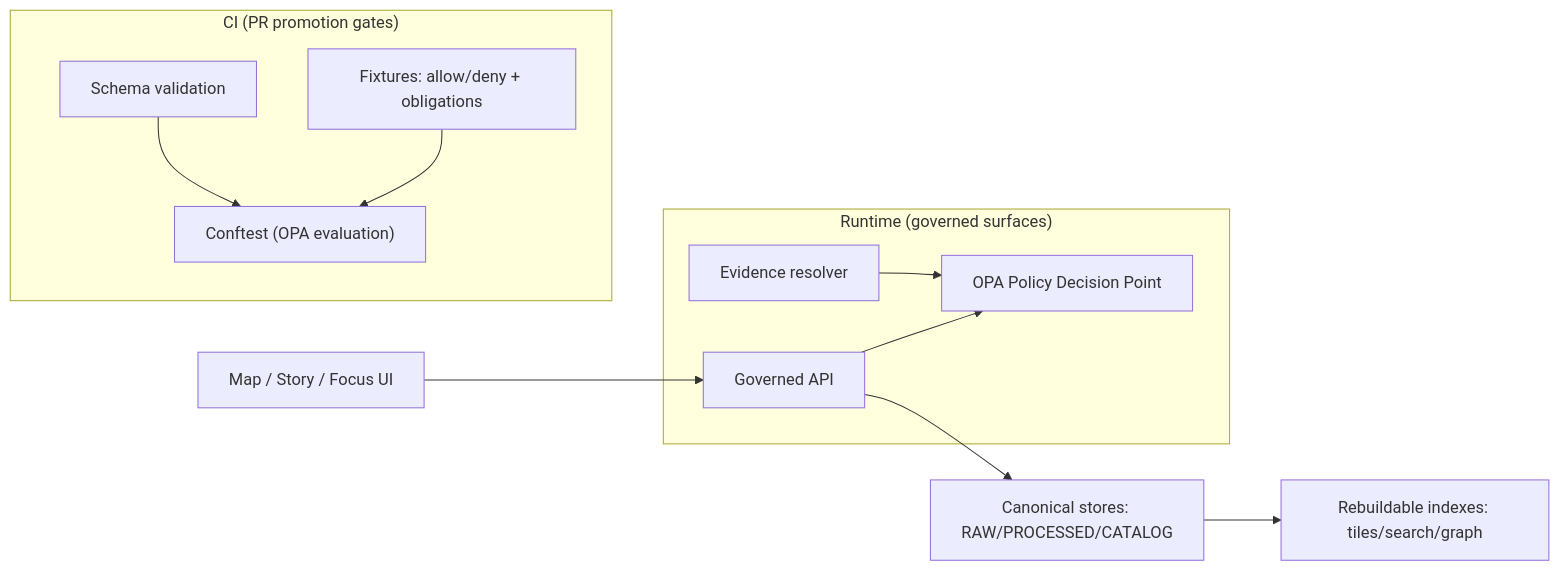
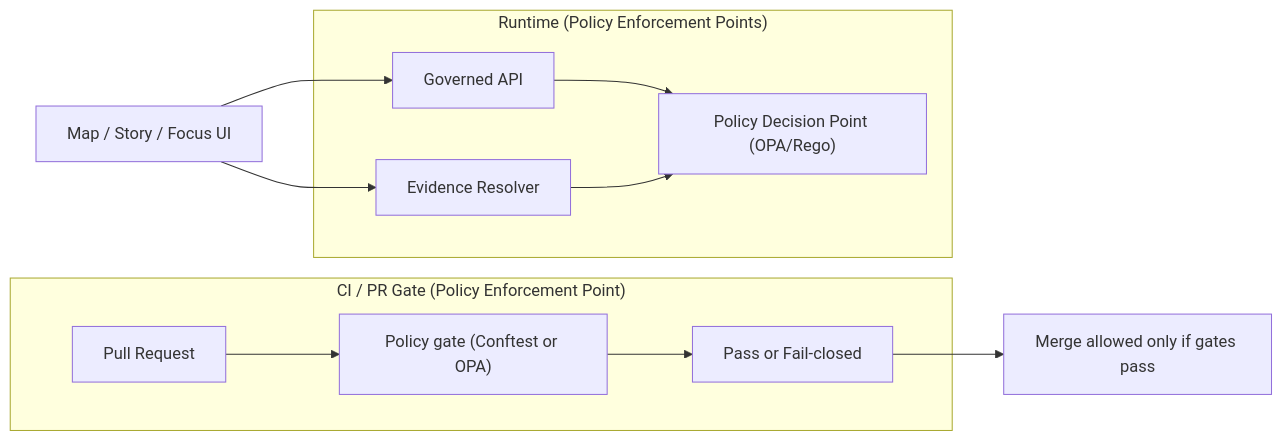
Before and after one commit to bartytime4life/Kansas-Frontier-Matrix: the diagram in policy/README.md, drawn with Mermaid. The commit also changed other lines of this file, not shown here.

````diff
--- a/policy/README.md
+++ b/policy/README.md
@@ -91,27 +73,16 @@
 ```mermaid
 flowchart LR
-  subgraph CI["CI (PR promotion gates)"]
-    Schemas["Schema validation"]
-    Conftest["Conftest (OPA evaluation)"]
-    Fixtures["Fixtures: allow/deny + obligations"]
+  subgraph CI["CI / PR Gate (Policy Enforcement Point)"]
+    PR["Pull Request"] --> Conftest["Policy gate (Conftest or OPA)"]
+    Conftest --> CIResult["Pass or Fail-closed"]
   end
 
-  subgraph Runtime["Runtime (governed surfaces)"]
-    API["Governed API"]
-    Evidence["Evidence resolver"]
-    PDP["OPA Policy Decision Point"]
+  subgraph Runtime["Runtime (Policy Enforcement Points)"]
+    API["Governed API"] --> PDP["Policy Decision Point (OPA/Rego)"]
+    Evidence["Evidence Resolver"] --> PDP
   end
 
-  UI["Map / Story / Focus UI"]
-  Canonical["Canonical stores: RAW/PROCESSED/CATALOG"]
-  Indexes["Rebuildable indexes: tiles/search/graph"]
-
-  UI --> API
-  API --> PDP
-  Evidence --> PDP
-  API --> Canonical
-  Canonical --> Indexes
-
-  Schemas --> Conftest
-  Fixtures --> Conftest
+  UI["Map / Story / Focus UI"] --> API
+  UI --> Evidence
+  CIResult --> Merge["Merge allowed only if gates pass"]
 ```
````
